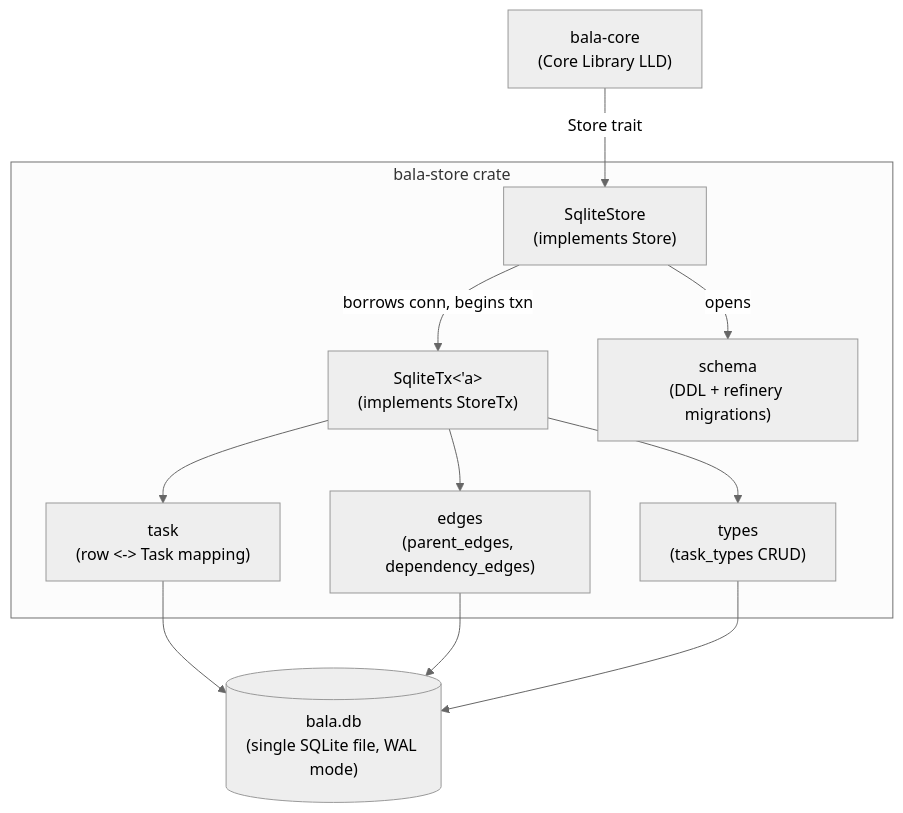
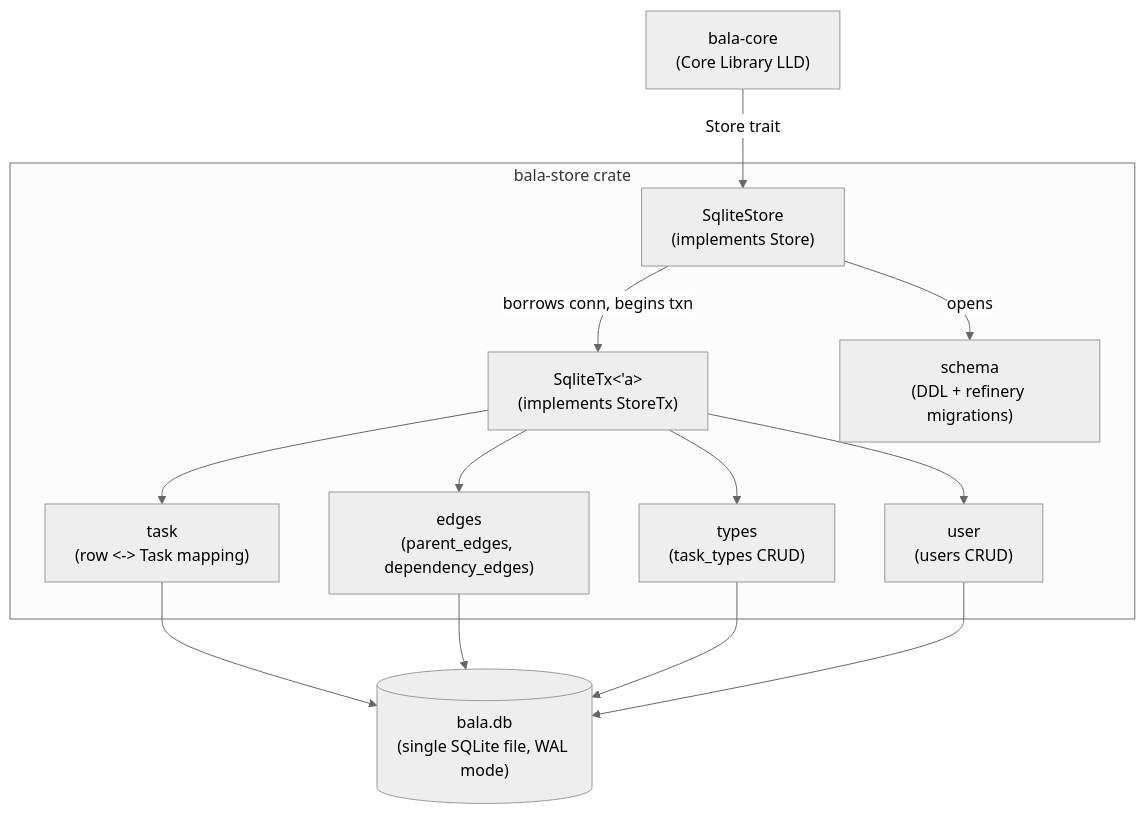
One commit to sleb/bala changed the diagram in docs/design/data-store.md. Above: the diagram before and after it, drawn with Mermaid (neutral theme). The commit also changed other lines of this file and 2 other files, not shown here.

````diff
--- a/docs/design/data-store.md
+++ b/docs/design/data-store.md
@@ -59,20 +60,23 @@
 ```mermaid
 flowchart TB
     subgraph "bala-store crate"
         SqliteStore["SqliteStore\n(implements Store)"]
         SqliteTx["SqliteTx<'a>\n(implements StoreTx)"]
         Schema["schema\n(DDL + refinery migrations)"]
         TaskMod["task\n(row <-> Task mapping)"]
         Edges["edges\n(parent_edges, dependency_edges)"]
         Types["types\n(task_types CRUD)"]
+        Users["user\n(users CRUD)"]
     end
     Core["bala-core\n(Core Library LLD)"] -- "Store trait" --> SqliteStore
     SqliteStore -- "opens" --> Schema
     SqliteStore -- "borrows conn, begins txn" --> SqliteTx
     SqliteTx --> TaskMod
     SqliteTx --> Edges
     SqliteTx --> Types
+    SqliteTx --> Users
     TaskMod --> DB[("bala.db\n(single SQLite file, WAL mode)")]
     Edges --> DB
     Types --> DB
+    Users --> DB
 ```
````
